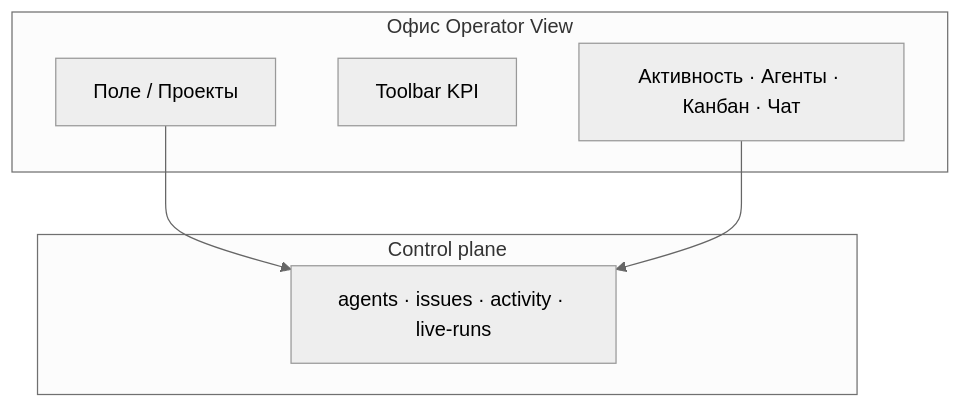
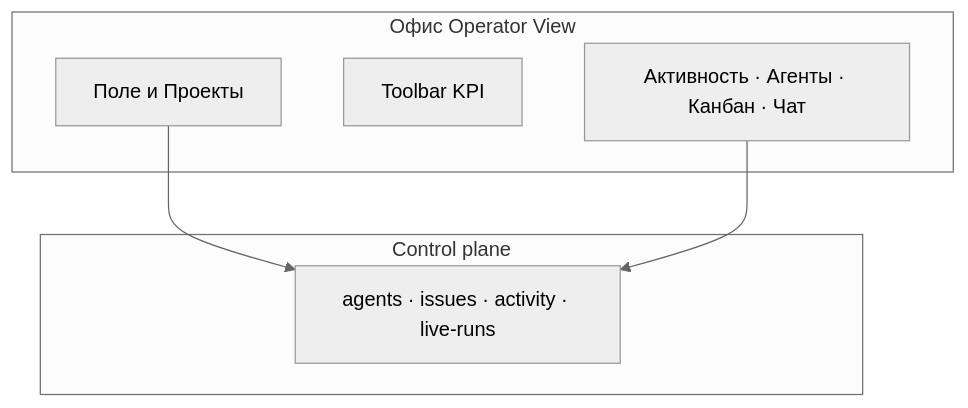
One commit to Dmitriion/datagent-docs changed the diagram in docs/guides/05-office-field.md. Above: the diagram before and after it, drawn with Mermaid (neutral theme). The commit also changed other lines of this file and 11 other files, not shown here.

````diff
--- a/docs/guides/05-office-field.md
+++ b/docs/guides/05-office-field.md
@@ -38,13 +36,13 @@
 ```mermaid
 graph TB
   subgraph Office [Офис Operator View]
-    Floor[Поле / Проекты]
+    Floor[Поле и Проекты]
     KPI[Toolbar KPI]
     Panels[Активность · Агенты · Канбан · Чат]
   end
   subgraph CP [Control plane]
     API[agents · issues · activity · live-runs]
   end
   Floor --> API
   Panels --> API
 ```
````
